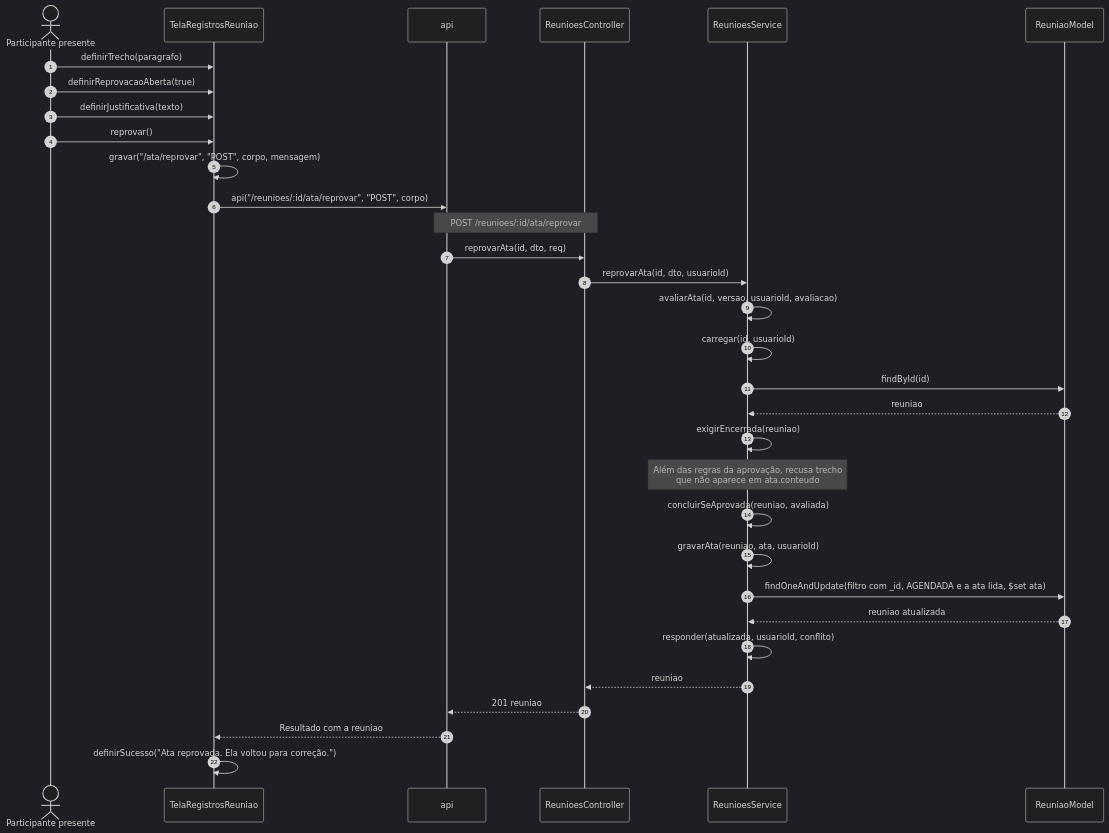
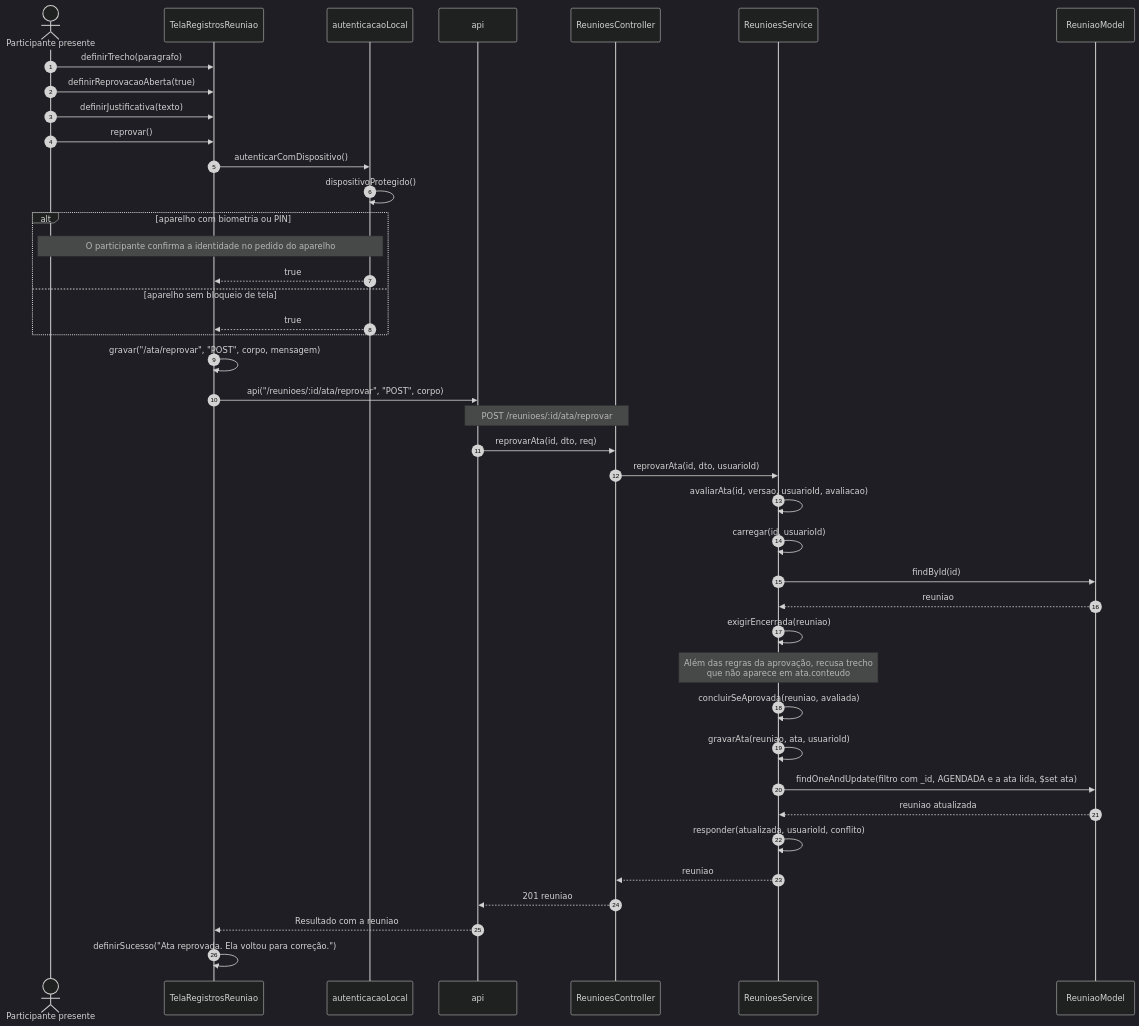
Before and after one commit to Conecta-IFSP/DOCUMENTATION: the fourth of 8 diagrams in 4 - Incremento3/atas/6 - diagramas-sequencia-atas.md, drawn with Mermaid (dark theme). The commit also changed other lines of this file and 7 other files, not shown here.

Commit message:
Documenta a reprovação com identidade do aparelho e o PDF pelo compartilhamento

````diff
--- a/4 - Incremento3/atas/6 - diagramas-sequencia-atas.md
+++ b/4 - Incremento3/atas/6 - diagramas-sequencia-atas.md
@@ -147,34 +147,43 @@
 ```mermaid
 sequenceDiagram
     autonumber
     actor U as Participante presente
     participant T as TelaRegistrosReuniao
+    participant L as autenticacaoLocal
     participant A as api
     participant C as ReunioesController
     participant S as ReunioesService
     participant M as ReuniaoModel
     U->>T: definirTrecho(paragrafo)
     U->>T: definirReprovacaoAberta(true)
     U->>T: definirJustificativa(texto)
     U->>T: reprovar()
+    T->>L: autenticarComDispositivo()
+    L->>L: dispositivoProtegido()
+    alt aparelho com biometria ou PIN
+        Note over U,L: O participante confirma a identidade no pedido do aparelho
+        L-->>T: true
+    else aparelho sem bloqueio de tela
+        L-->>T: true
+    end
     T->>T: gravar("/ata/reprovar", "POST", corpo, mensagem)
     T->>A: api("/reunioes/:id/ata/reprovar", "POST", corpo)
     Note over A,C: POST /reunioes/:id/ata/reprovar
     A->>C: reprovarAta(id, dto, req)
     C->>S: reprovarAta(id, dto, usuarioId)
     S->>S: avaliarAta(id, versao, usuarioId, avaliacao)
     S->>S: carregar(id, usuarioId)
     S->>M: findById(id)
     M-->>S: reuniao
     S->>S: exigirEncerrada(reuniao)
     Note over S: Além das regras da aprovação, recusa trecho<br/>que não aparece em ata.conteudo
     S->>S: concluirSeAprovada(reuniao, avaliada)
     S->>S: gravarAta(reuniao, ata, usuarioId)
     S->>M: findOneAndUpdate(filtro com _id, AGENDADA e a ata lida, $set ata)
     M-->>S: reuniao atualizada
     S->>S: responder(atualizada, usuarioId, conflito)
     S-->>C: reuniao
     C-->>A: 201 reuniao
     A-->>T: Resultado com a reuniao
     T->>T: definirSucesso("Ata reprovada. Ela voltou para correção.")
 ```
````
